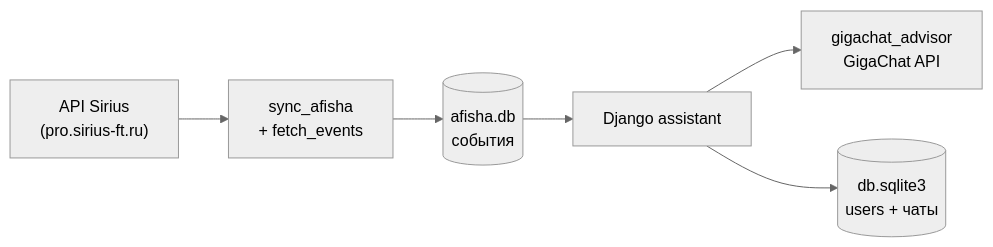
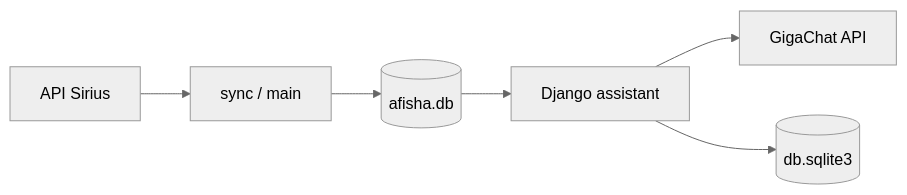
The diagram in HOW_IT_WORKS.md (Xanlez/Hakaton), drawn with Mermaid (neutral theme) before and after one commit. The commit also changed other lines of this file and 13 other files, not shown here.

````diff
--- a/HOW_IT_WORKS.md
+++ b/HOW_IT_WORKS.md
@@ -7,14 +7,14 @@
 ```mermaid
 flowchart LR
-  API["API Sirius\n(pro.sirius-ft.ru)"]
-  SYNC["sync_afisha\n+ fetch_events"]
-  AFISHA_DB[("afisha.db\nсобытия")]
+  API["API Sirius"]
+  SYNC["sync / main"]
+  AFISHA_DB[("afisha.db")]
   DJANGO["Django assistant"]
-  ORM_DB[("db.sqlite3\nusers + чаты")]
-  GIGA["gigachat_advisor\nGigaChat API"]
+  ORM_DB[("db.sqlite3")]
+  GIGA["GigaChat API"]
 
   API --> SYNC --> AFISHA_DB
   AFISHA_DB --> DJANGO
   DJANGO --> GIGA
   DJANGO --> ORM_DB
 ```
````
